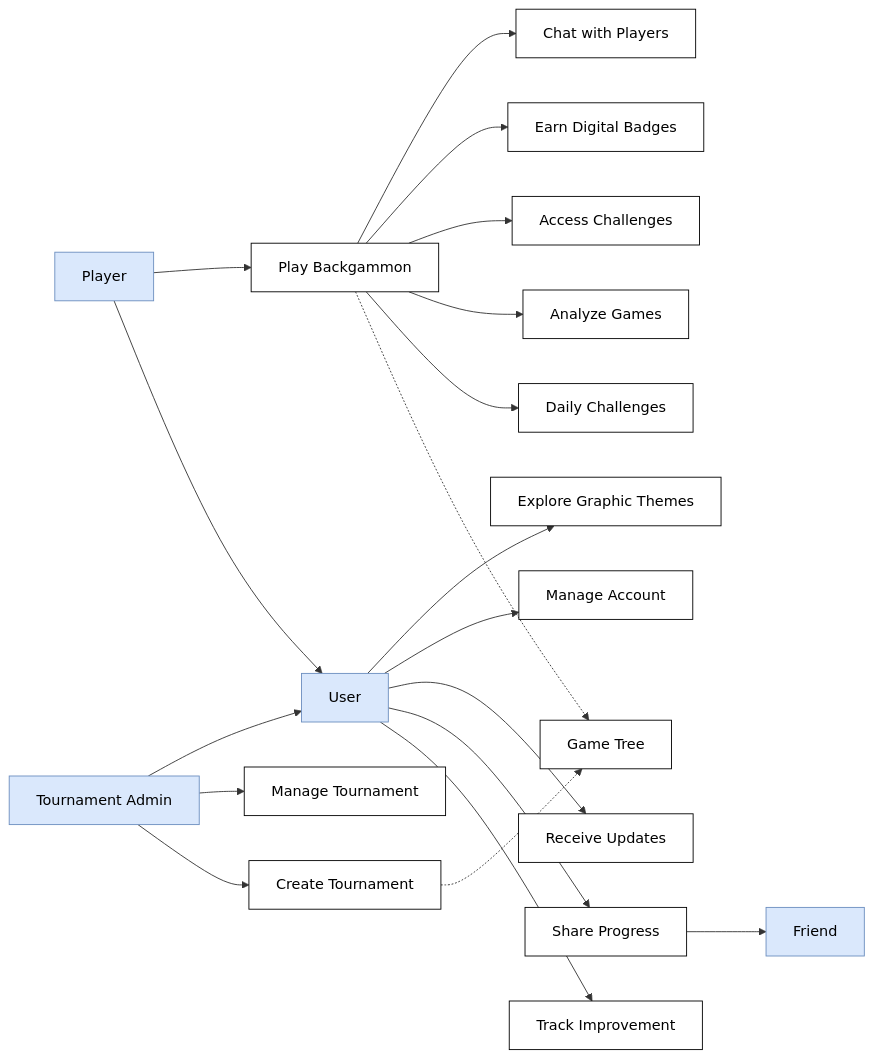
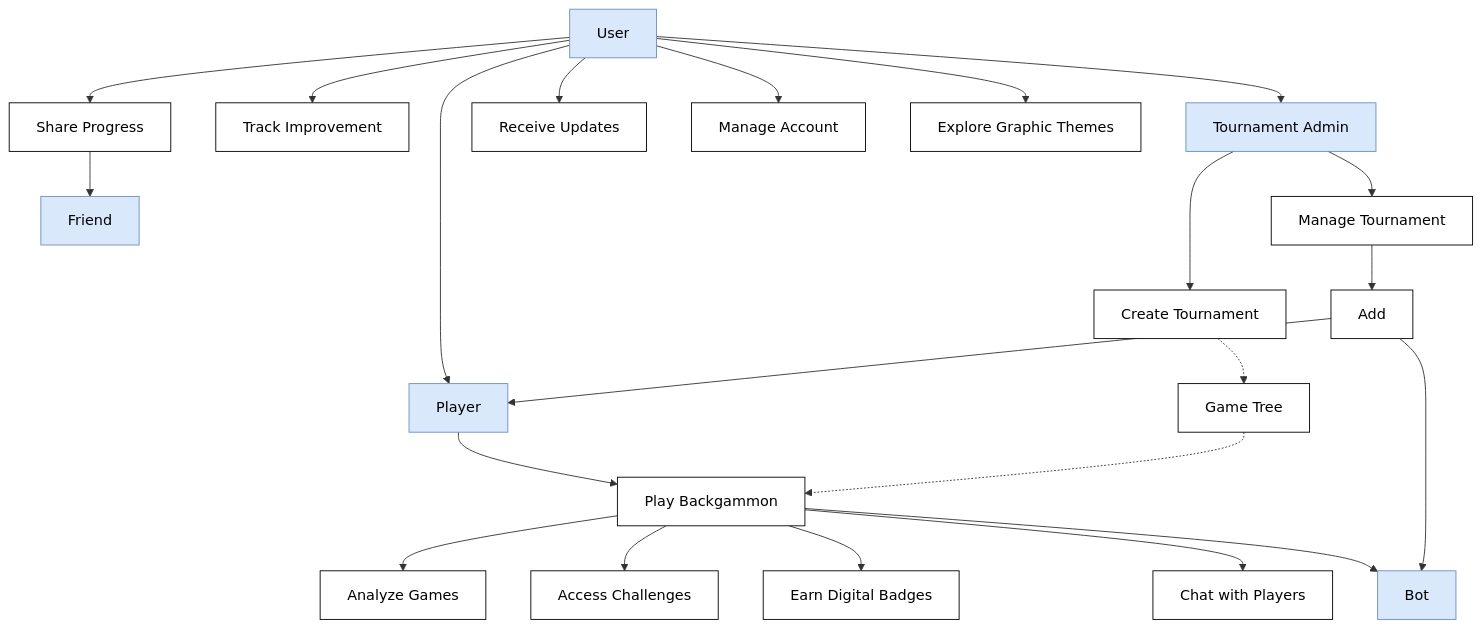
The diagram in doc/uml/use-case.mermaid (samuelemusiani/vezgammon), drawn with Mermaid before and after one commit.

Commit message:
use case update

```diff
--- a/doc/uml/use-case.mermaid
+++ b/doc/uml/use-case.mermaid
@@ -1,54 +1,56 @@
-graph LR
+graph TD
     %% Actors
     TAdmin[Tournament Admin]
     User[User]
     Player[Player]
     Friend[Friend]
 
     %% Use Cases
     CreateTournament[Create Tournament]
     ManageTournament[Manage Tournament]
     TrackImprovement[Track Improvement]
     ShareProgress[Share Progress]
     ReceiveUpdates[Receive Updates]
     ManageAccount[Manage Account]
     PlayBackgammon[Play Backgammon]
     ChatPlayers[Chat with Players]
-    DailyChallenges[Daily Challenges]
     AnalyzeGames[Analyze Games]
     AccessChallenges[Access Challenges]
     EarnBadges[Earn Digital Badges]
     ExploreThemes[Explore Graphic Themes]
     GameTree[Game Tree]
 
     %% Relationships
     TAdmin --> CreateTournament
     TAdmin --> ManageTournament
-    TAdmin --> User
     
     User --> TrackImprovement
     User --> ShareProgress
     User --> ReceiveUpdates
     User --> ManageAccount
     User --> ExploreThemes
-    
-    Player --> User
+    User --> Player
+    User --> TAdmin
+
     Player --> PlayBackgammon
     
     ShareProgress --> Friend
     
     %% Include relationships
-    PlayBackgammon -.-> GameTree
-    PlayBackgammon --> DailyChallenges
+    GameTree -.-> PlayBackgammon
     PlayBackgammon --> AnalyzeGames
     PlayBackgammon --> AccessChallenges
     PlayBackgammon --> EarnBadges
     PlayBackgammon --> ChatPlayers
+    PlayBackgammon --> Bot
     CreateTournament -.-> GameTree
+    ManageTournament --> Add
+    Add --> Bot
+    Add --> Player
 
     %% Styling
     classDef actor fill:#dae8fc,stroke:#6c8ebf,color:#000
     classDef useCase fill:#fff,stroke:#000,color:#000
     
-    class TAdmin,User,Player,Friend actor
-    class CreateTournament,ManageTournament,TrackImprovement,ShareProgress,ReceiveUpdates,ManageAccount,PlayBackgammon,ChatPlayers,DailyChallenges,AnalyzeGames,AccessChallenges,EarnBadges,ExploreThemes,GameTree useCase
+    class TAdmin,User,Player,Friend,Bot,Player actor
+    class CreateTournament,Add,ManageTournament,TrackImprovement,ShareProgress,ReceiveUpdates,ManageAccount,PlayBackgammon,ChatPlayers,AnalyzeGames,AccessChallenges,EarnBadges,ExploreThemes,GameTree useCase
```
